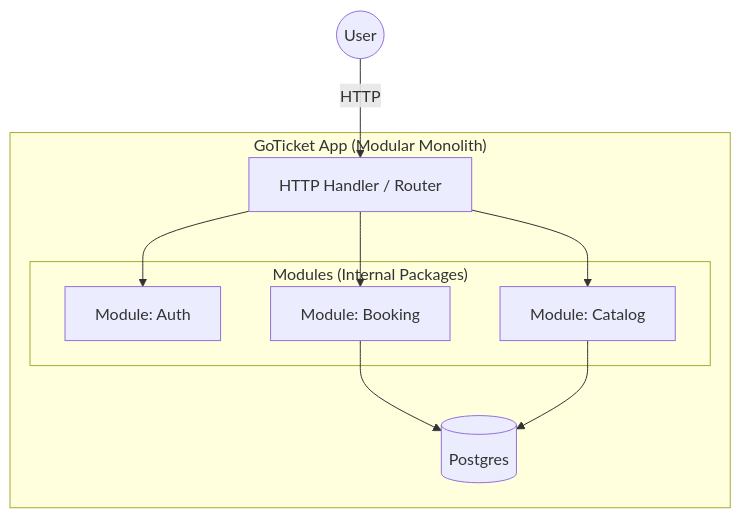
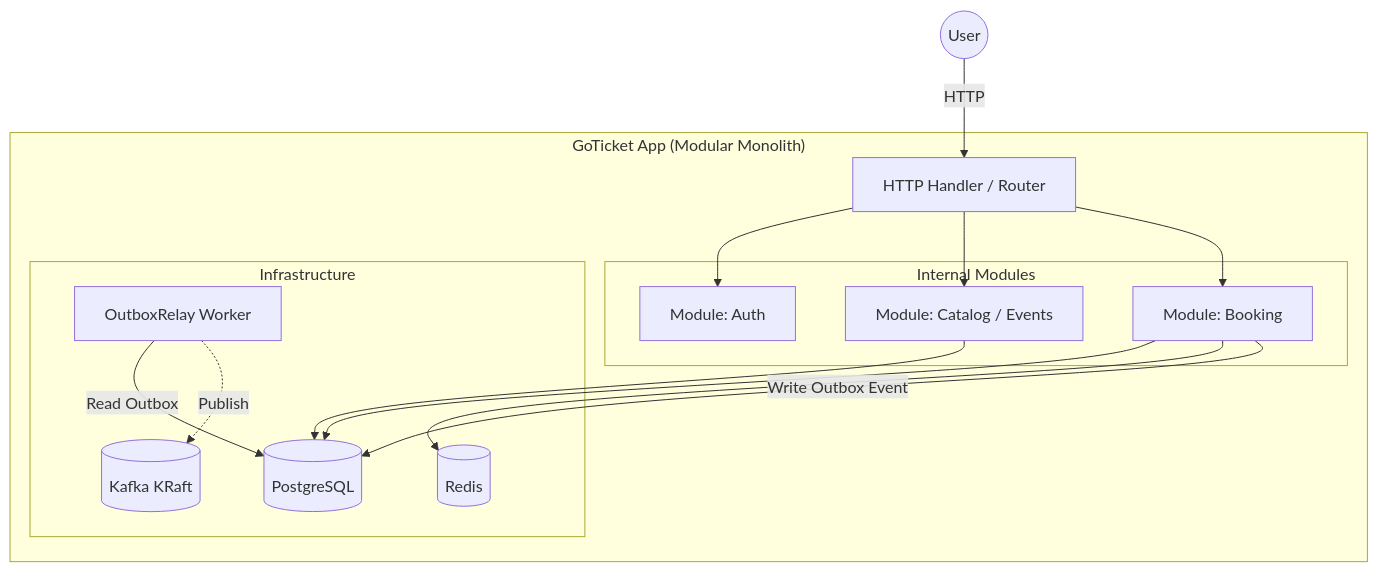
The second of 2 diagrams in .agent/c4_architecture.md (mati99789/go-ticket), drawn with Mermaid before and after one commit. The commit also changed other lines of this file and 20 other files, not shown here.

````diff
--- a/.agent/c4_architecture.md
+++ b/.agent/c4_architecture.md
@@ -47,24 +60,33 @@
 ```mermaid
 graph TD
     User((User))
-    
+
     subgraph "GoTicket App (Modular Monolith)"
         HTTP[HTTP Handler / Router]
-        
-        subgraph "Modules (Internal Packages)"
+
+        subgraph "Internal Modules"
             Mod_Auth[Module: Auth]
-            Mod_Catalog[Module: Catalog]
+            Mod_Catalog[Module: Catalog / Events]
             Mod_Booking[Module: Booking]
         end
-        
-        DB[(Postgres)]
+
+        subgraph "Infrastructure"
+            DB[(PostgreSQL)]
+            Redis[(Redis)]
+            Kafka[(Kafka KRaft)]
+            OutboxRelay[OutboxRelay Worker]
+        end
     end
 
     User -->|HTTP| HTTP
     HTTP --> Mod_Auth
     HTTP --> Mod_Catalog
     HTTP --> Mod_Booking
-    
+
     Mod_Booking --> DB
+    Mod_Booking --> Redis
+    Mod_Booking -->|Write Outbox Event| DB
+    OutboxRelay -->|Read Outbox| DB
+    OutboxRelay -.->|Publish| Kafka
     Mod_Catalog --> DB
 ```
````
